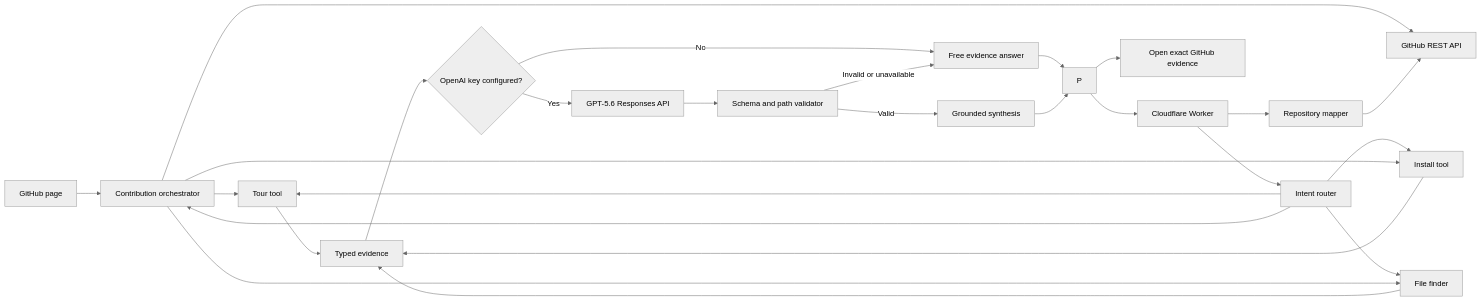
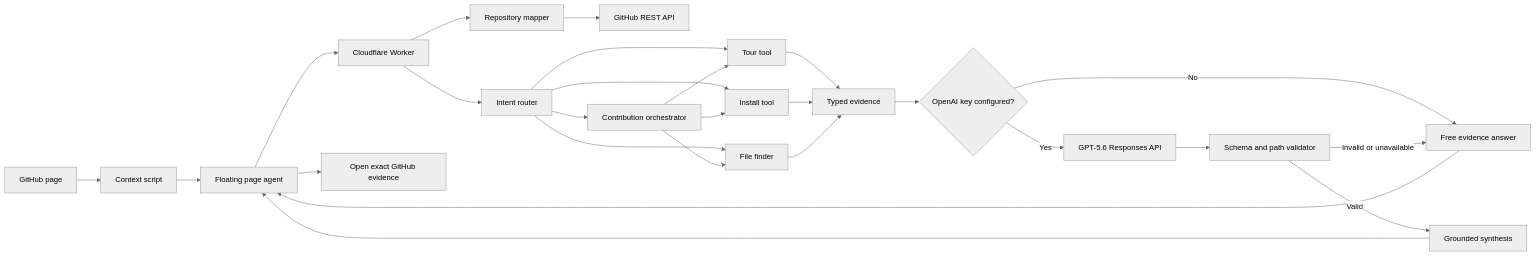
The diagram in docs/ARCHITECTURE.md (Robertg761/Wayfinder), drawn with Mermaid (neutral theme) before and after one commit. The commit also changed other lines of this file and 4 other files, not shown here.

````diff
--- a/docs/ARCHITECTURE.md
+++ b/docs/ARCHITECTURE.md
@@ -5,28 +5,28 @@
 ```mermaid
 flowchart LR
-  G["GitHub page"] --> C["Context script"]
-  C --> H["Floating page agent"]
+  G["GitHub page"] --> CS["Context script"]
+  CS --> P["Floating page agent"]
   P --> W["Cloudflare Worker"]
   W --> M["Repository mapper"]
-  M --> H["GitHub REST API"]
+  M --> GH["GitHub REST API"]
   W --> R["Intent router"]
   R --> T["Tour tool"]
   R --> I["Install tool"]
   R --> F["File finder"]
-  R --> C["Contribution orchestrator"]
-  C --> T
-  C --> I
-  C --> F
+  R --> CO["Contribution orchestrator"]
+  CO --> T
+  CO --> I
+  CO --> F
   T --> E["Typed evidence"]
   I --> E
   F --> E
   E --> O{"OpenAI key configured?"}
-  O -->|"No"| A["Free evidence answer"]
+  O -->|"No"| D["Free evidence answer"]
   O -->|"Yes"| X["GPT-5.6 Responses API"]
   X --> V["Schema and path validator"]
   V -->|"Valid"| S["Grounded synthesis"]
-  V -->|"Invalid or unavailable"| A
-  A --> P
+  V -->|"Invalid or unavailable"| D
+  D --> P
   S --> P
   P --> N["Open exact GitHub evidence"]
 ```
````
